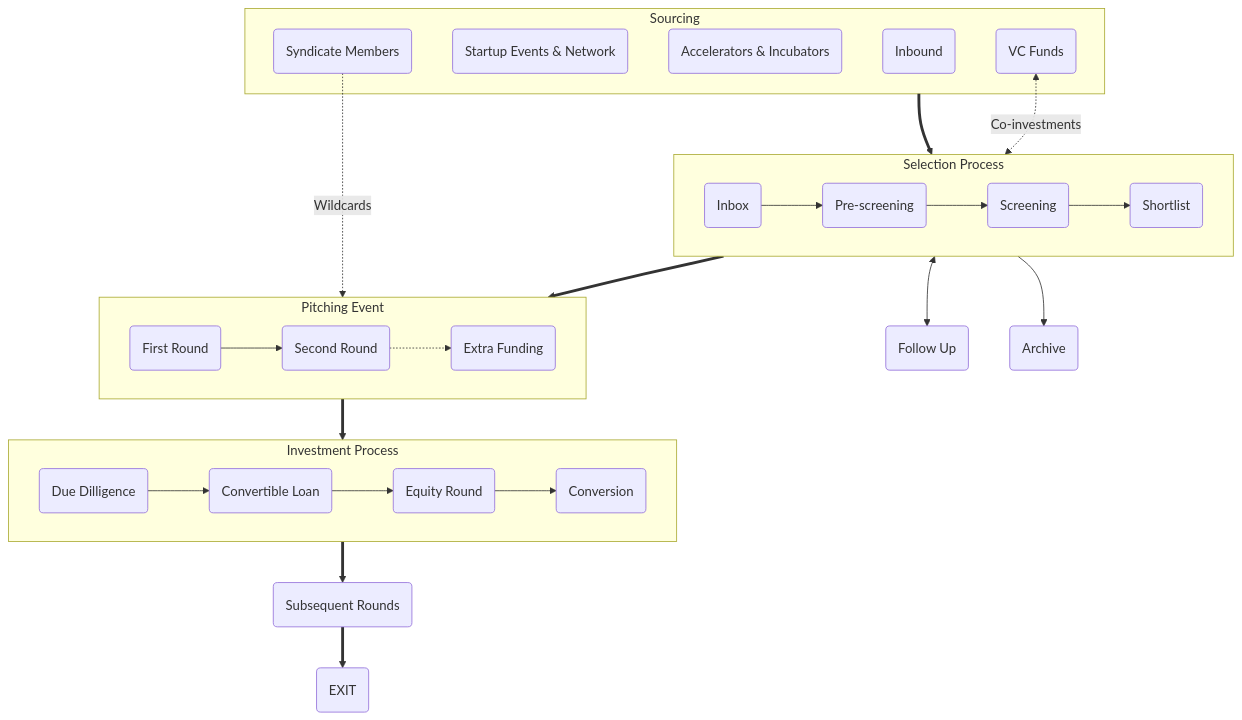
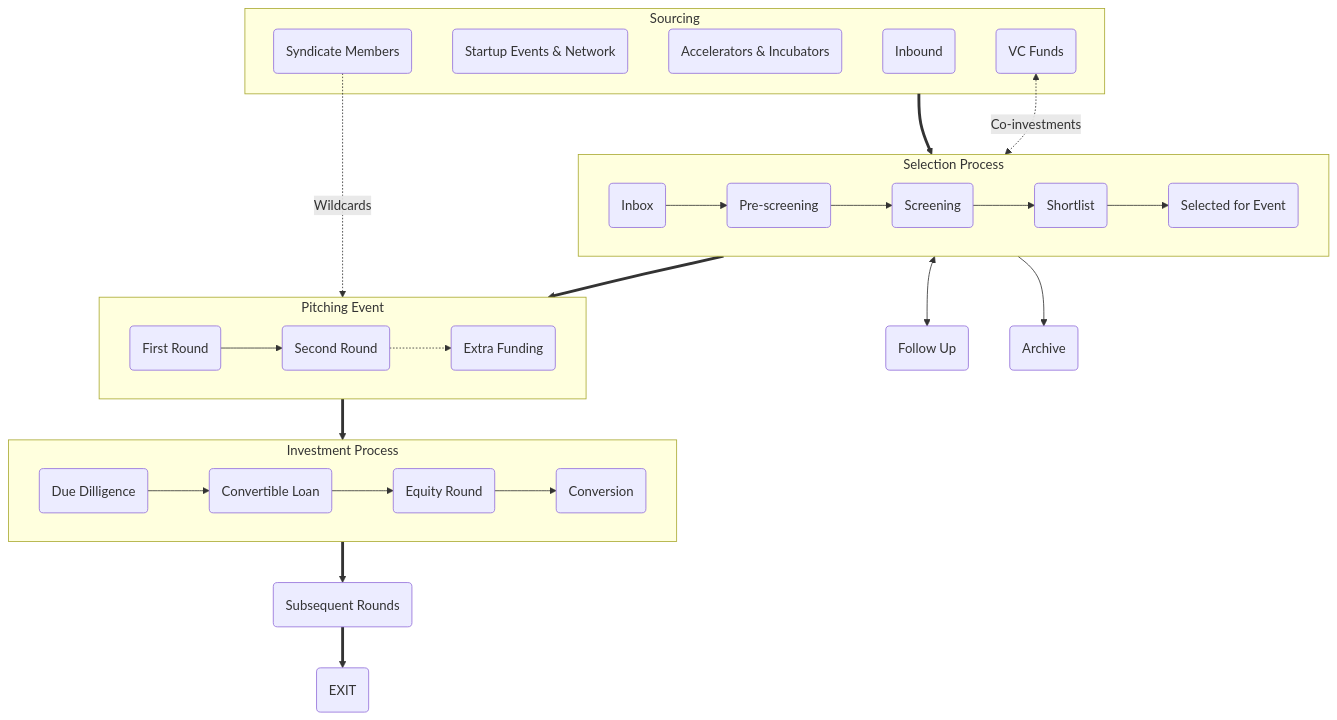
The diagram in content/slovak/resources/knowledge-base/how-we-invest.md (kdsp-net/gluon-web), drawn with Mermaid before and after one commit. The commit also changed other lines of this file, not shown here.

Commit message:
Auto-commit from obsidian daemon - Updated files: /home/kdsp/Documents/Obsidian/Gluon Syndicate/Public Resources/slovak/Knowledge Base/How We Invest.md

```diff
--- a/content/slovak/resources/knowledge-base/how-we-invest.md
+++ b/content/slovak/resources/knowledge-base/how-we-invest.md
@@ -14,6 +14,7 @@
 inbox("Inbox")
 prescreening("Pre-screening")
 screening("Screening")
+selectedForEvent("Selected for Event")
 shortlist("Shortlist")
 vc("VC Funds")
 followup("Follow Up")
@@ -28,13 +29,25 @@
 subsequentRounds("Subsequent Rounds")
 exit("EXIT") 
 
+click members href "#syndicate-members"
+click events href "#startup-events-&-network"
+click accelerators href "#accelerators-&-incubators"
+click inbound href "#inbound"
+click vc href "#vc-funds"
 click inbox href "#inbox"
 click prescreening href "#pre-screening"
 click screening href "#screening"
 click shortlist href "#shortlist"
+click selectedForEvent href "#selected-for-event"
 click firstRound href "#first-round"
 click secondRound href "#second-round"
 click extraFunding href "#extra-funding"
+click dueDilligence href "#due-dilligence-(dd)"
+click cla href "#convertible-loan"
+click qualifiedRound href "#equity-round"
+click conversion href "#Conversion"
+click subsequentRounds href "#subsequent-rounds"
+click exit href "#exit"
 
 subgraph sourcing ["Sourcing"]
   inbound
@@ -52,6 +65,7 @@
   inbox --> prescreening
   prescreening --> screening
   screening --> shortlist
+  shortlist --> selectedForEvent
 end 
 
 selection <--> followup
```
